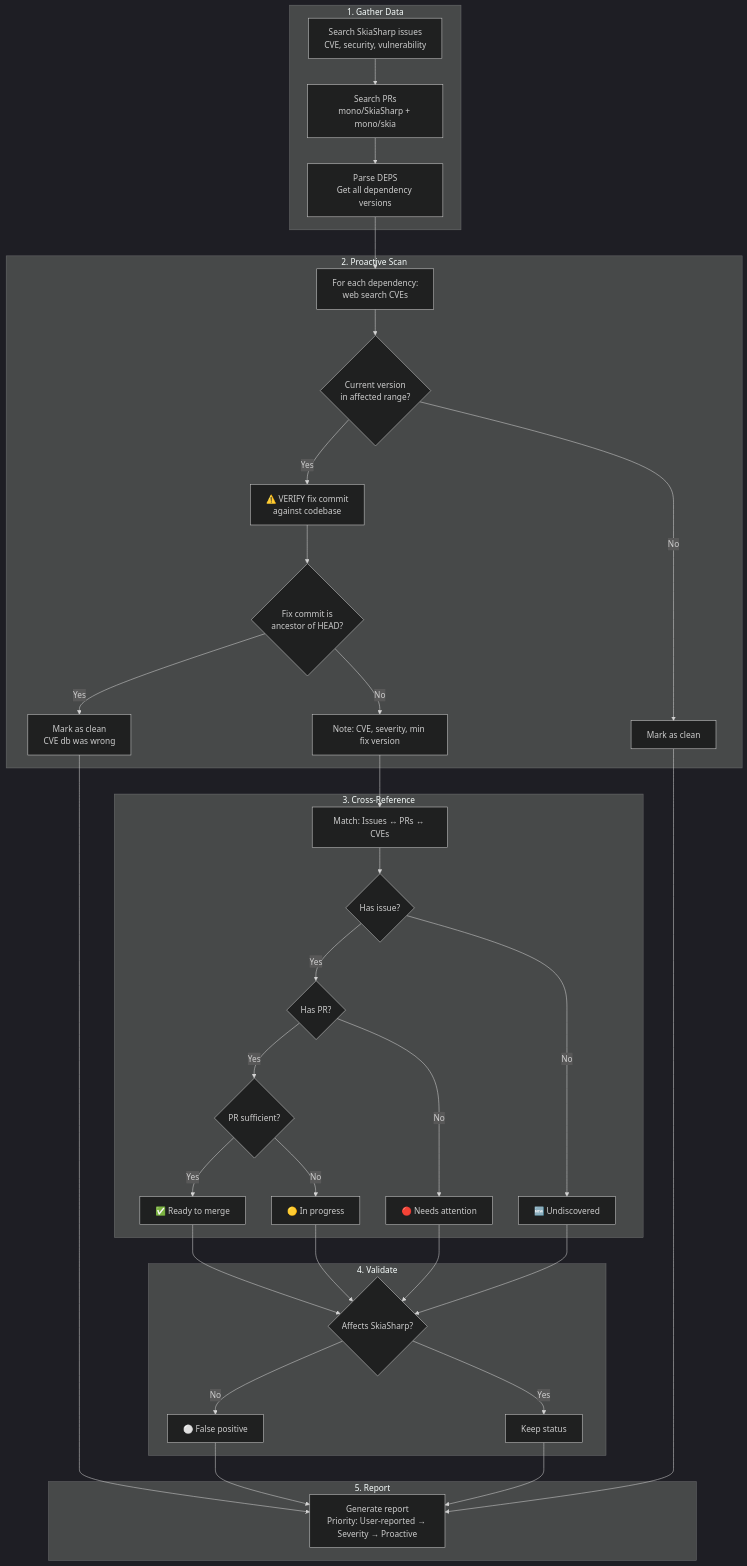
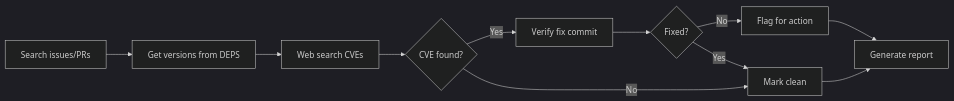
Before and after one commit to mono/SkiaSharp: the diagram in .github/skills/security-audit/SKILL.md, drawn with Mermaid (dark theme). The commit also changed other lines of this file and 2 other files, not shown here.

First line of the commit message:
Refocus dependency docs on what matters

````diff
--- a/.github/skills/security-audit/SKILL.md
+++ b/.github/skills/security-audit/SKILL.md
@@ -33,38 +33,13 @@
 ```mermaid
-flowchart TD
-    subgraph "1. Gather Data"
-        A[Search SkiaSharp issues<br/>CVE, security, vulnerability] --> B[Search PRs<br/>mono/SkiaSharp + mono/skia]
-        B --> C[Parse DEPS<br/>Get all dependency versions]
-    end
-
-    subgraph "2. Proactive Scan"
-        C --> D[For each dependency:<br/>web search CVEs]
-        D --> E{Current version<br/>in affected range?}
-        E -->|Yes| V[⚠️ VERIFY fix commit<br/>against codebase]
-        E -->|No| G[Mark as clean]
-        V --> E2{Fix commit is<br/>ancestor of HEAD?}
-        E2 -->|Yes| G2[Mark as clean<br/>CVE db was wrong]
-        E2 -->|No| F[Note: CVE, severity, min fix version]
-    end
-
-    subgraph "3. Cross-Reference"
-        F --> H[Match: Issues ↔ PRs ↔ CVEs]
-        H --> I{Has issue?}
-        I -->|Yes| J{Has PR?}
-        I -->|No| K[🆕 Undiscovered]
-        J -->|Yes| L{PR sufficient?}
-        J -->|No| M[🔴 Needs attention]
-        L -->|Yes| N[✅ Ready to merge]
-        L -->|No| O[🟡 In progress]
-    end
-
-    subgraph "4. Validate"
-        K & M & N & O --> P{Affects SkiaSharp?}
-        P -->|No| Q[⚪ False positive]
-        P -->|Yes| R[Keep status]
-    end
-
-    subgraph "5. Report"
-        Q & R & G & G2 --> S[Generate report<br/>Priority: User-reported → Severity → Proactive]
-    end
+flowchart LR
+    A[Search issues/PRs] --> B[Get versions from DEPS]
+    B --> C[Web search CVEs]
+    C --> D{CVE found?}
+    D -->|Yes| E[Verify fix commit]
+    E --> F{Fixed?}
+    F -->|No| G[Flag for action]
+    F -->|Yes| H[Mark clean]
+    D -->|No| H
+    G --> I[Generate report]
+    H --> I
 ```
````
